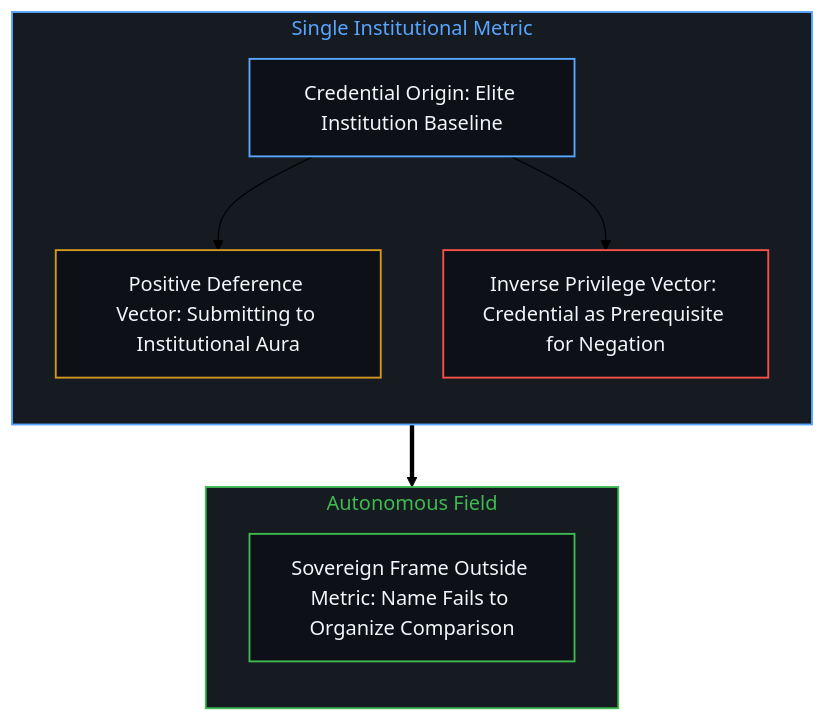
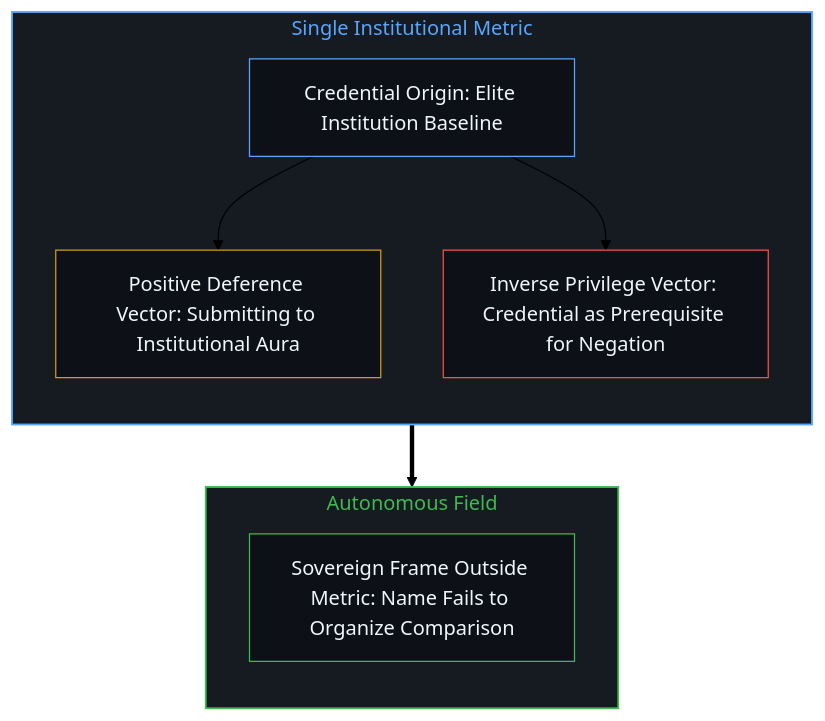
The second of 8 diagrams in content/posts/the-unexamined-critic.md (powerpig99/not-a-toe), drawn with Mermaid (forest theme) before and after one commit. The commit also changed other lines of this file and 12 other files, not shown here.

````diff
--- a/content/posts/the-unexamined-critic.md
+++ b/content/posts/the-unexamined-critic.md
@@ -43,27 +43,25 @@
 ```mermaid
 flowchart TD
-    classDef default fill:#0d1117,stroke:#30363d,stroke-width:1px,color:#f0f6fc;
-    classDef mind fill:#0d1117,stroke:#3fb950,stroke-width:1.5px,color:#f0f6fc;
-    classDef warn fill:#0d1117,stroke:#d29922,stroke-width:1.5px,color:#f0f6fc;
-    classDef fail fill:#0d1117,stroke:#f85149,stroke-width:1.5px,color:#f0f6fc;
-    classDef model fill:#0d1117,stroke:#58a6ff,stroke-width:1.5px,color:#f0f6fc;
-
     subgraph S_Frame ["Single Institutional Metric"]
         direction TB
-        Origin["Credential Origin: Elite Institution Baseline"]:::model
-        PosVec["Positive Deference Vector: Submitting to Institutional Aura"]:::warn
-        NegVec["Inverse Privilege Vector: Credential as Prerequisite for Negation"]:::fail
+        Origin["Credential Origin: Elite Institution Baseline"]
+        PosVec["Positive Deference Vector: Submitting to Institutional Aura"]
+        NegVec["Inverse Privilege Vector: Credential as Prerequisite for Negation"]
         Origin --> PosVec
         Origin --> NegVec
     end
 
     subgraph S_Autonomous ["Autonomous Field"]
         direction TB
-        FreeMind["Sovereign Frame Outside Metric: Name Fails to Organize Comparison"]:::mind
+        FreeMind["Sovereign Frame Outside Metric: Name Fails to Organize Comparison"]
     end
 
     S_Frame ==> S_Autonomous
 
     style S_Frame fill:#161b22,stroke:#58a6ff,stroke-width:1.5px,color:#58a6ff
     style S_Autonomous fill:#161b22,stroke:#3fb950,stroke-width:1.5px,color:#3fb950
+    style Origin fill:#0d1117,stroke:#58a6ff,stroke-width:1px,color:#f0f6fc
+    style PosVec fill:#0d1117,stroke:#d29922,stroke-width:1px,color:#f0f6fc
+    style NegVec fill:#0d1117,stroke:#f85149,stroke-width:1px,color:#f0f6fc
+    style FreeMind fill:#0d1117,stroke:#3fb950,stroke-width:1px,color:#f0f6fc
 ```
````
